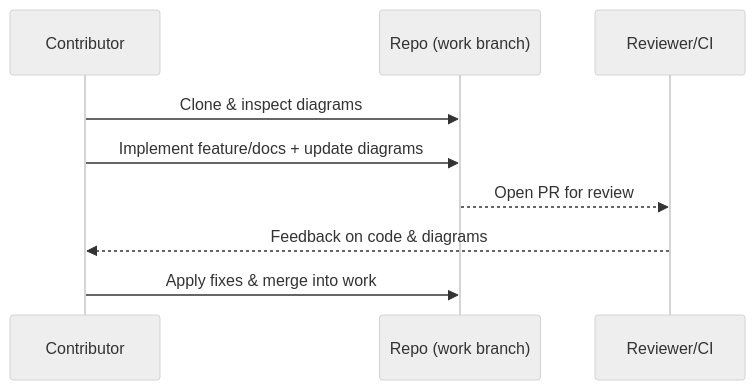
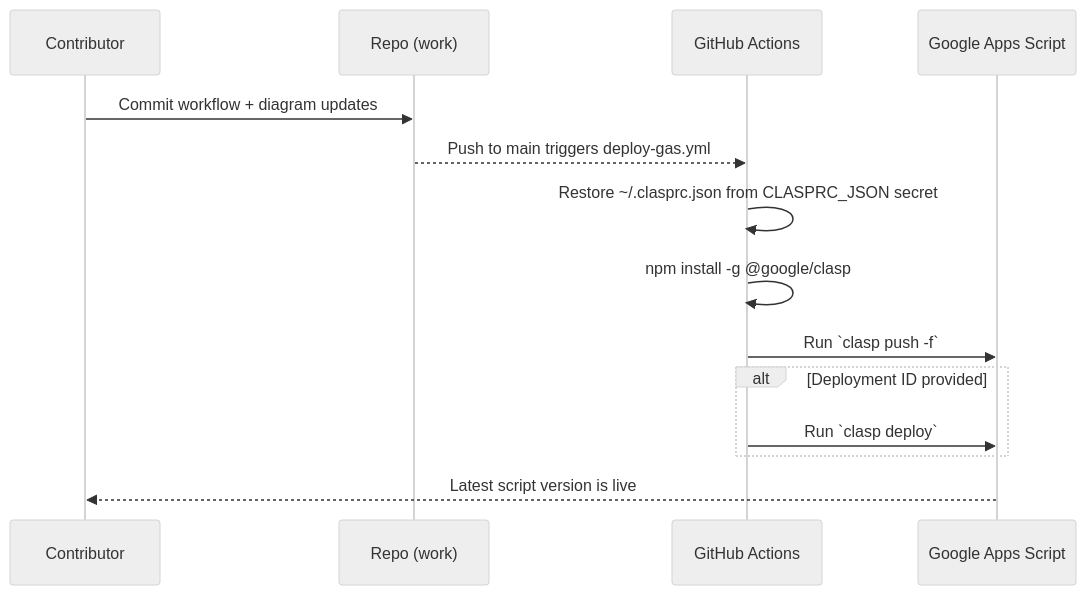
One commit to muyueh/test-clasp changed the third of 5 diagrams in README.md. Above: the diagram before and after it, drawn with Mermaid (neutral theme). The commit also changed other lines of this file and 1 other file, not shown here.

Commit message:
Automate GAS deploys via GitHub Actions

````diff
--- a/README.md
+++ b/README.md
@@ -22,11 +27,16 @@
 ```mermaid
 sequenceDiagram
     participant Dev as Contributor
-    participant Repo as Repo (work branch)
-    participant Review as Reviewer/CI
-    Dev->>Repo: Clone & inspect diagrams
-    Dev->>Repo: Implement feature/docs + update diagrams
-    Repo-->>Review: Open PR for review
-    Review-->>Dev: Feedback on code & diagrams
-    Dev->>Repo: Apply fixes & merge into work
+    participant Repo as Repo (work)
+    participant CI as GitHub Actions
+    participant GAS as Google Apps Script
+    Dev->>Repo: Commit workflow + diagram updates
+    Repo-->>CI: Push to main triggers deploy-gas.yml
+    CI->>CI: Restore ~/.clasprc.json from CLASPRC_JSON secret
+    CI->>CI: npm install -g @google/clasp
+    CI->>GAS: Run `clasp push -f`
+    alt Deployment ID provided
+        CI->>GAS: Run `clasp deploy`
+    end
+    GAS-->>Dev: Latest script version is live
 ```
````
